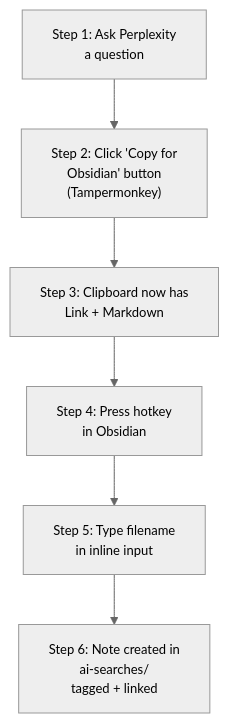
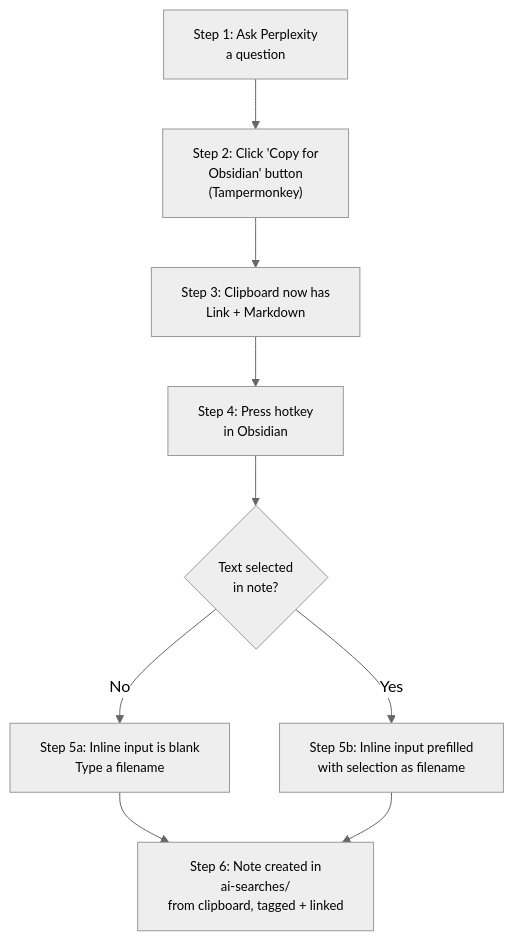
The diagram in README.md (notuntoward/obsidian-perplexity-saver), drawn with Mermaid (neutral theme) before and after one commit. The commit also changed other lines of this file and 1 other file, not shown here.

First line of the commit message:
Use selected text as suggested filename; save clipboard as note content

````diff
--- a/README.md
+++ b/README.md
@@ -12,14 +12,17 @@
 ```mermaid
 flowchart TD
     A["Step 1: Ask Perplexity<br/>a question"] --> B["Step 2: Click 'Copy for<br/>Obsidian' button<br/>(Tampermonkey)"]
     B --> C["Step 3: Clipboard now has<br/>Link + Markdown"]
     C --> D["Step 4: Press hotkey<br/>in Obsidian"]
-    D --> E["Step 5: Type filename<br/>in inline input"]
-    E --> F["Step 6: Note created in<br/>ai-searches/<br/>tagged + linked"]
+    D --> E{"Text selected<br/>in note?"}
+    E -->|No| F["Step 5a: Inline input is blank<br/>Type a filename"]
+    E -->|Yes| G["Step 5b: Inline input prefilled<br/>with selection as filename"]
+    F --> H["Step 6: Note created in<br/>ai-searches/<br/>from clipboard, tagged + linked"]
+    G --> H
 
     %% Define the smaller font style
     classDef smallFont font-size:13px;
     
     %% Assign the style to all nodes at once
-    class A,B,C,D,E,F smallFont;
+    class A,B,C,D,E,F,G,H smallFont;
 ```
````
